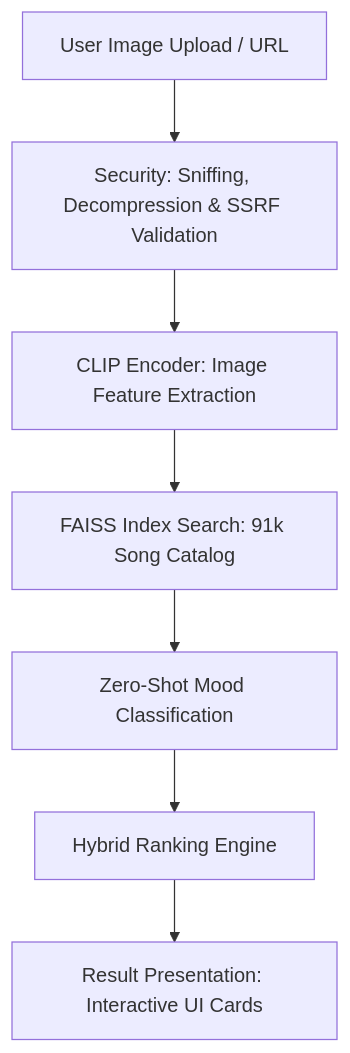
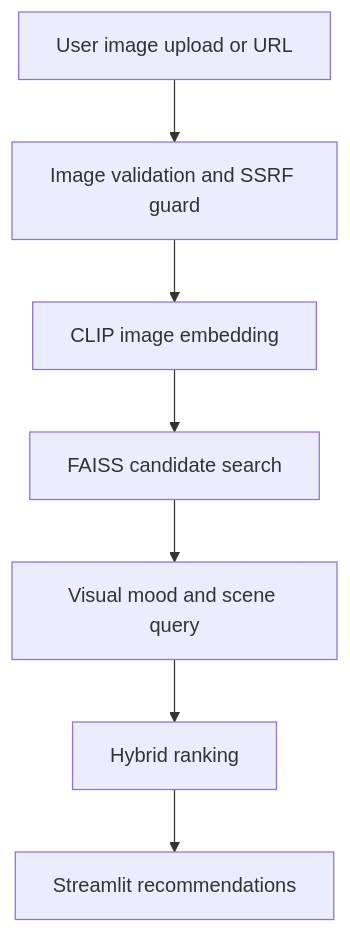
One commit to framesxsab/pictomusic2.0 changed the diagram in README.md. Above: the diagram before and after it, drawn with Mermaid. The commit also changed other lines of this file and 12 other files, not shown here.

````diff
--- a/README.md
+++ b/README.md
@@ -28,9 +19,9 @@
 ```mermaid
 graph TD
-    A[User Image Upload / URL] --> B[Security: Sniffing, Decompression & SSRF Validation]
-    B --> C[CLIP Encoder: Image Feature Extraction]
-    C --> D[FAISS Index Search: 91k Song Catalog]
-    D --> E[Zero-Shot Mood Classification]
-    E --> F[Hybrid Ranking Engine]
-    F --> G[Result Presentation: Interactive UI Cards]
+    A[User image upload or URL] --> B[Image validation and SSRF guard]
+    B --> C[CLIP image embedding]
+    C --> D[FAISS candidate search]
+    D --> E[Visual mood and scene query]
+    E --> F[Hybrid ranking]
+    F --> G[Streamlit recommendations]
 ```
````
